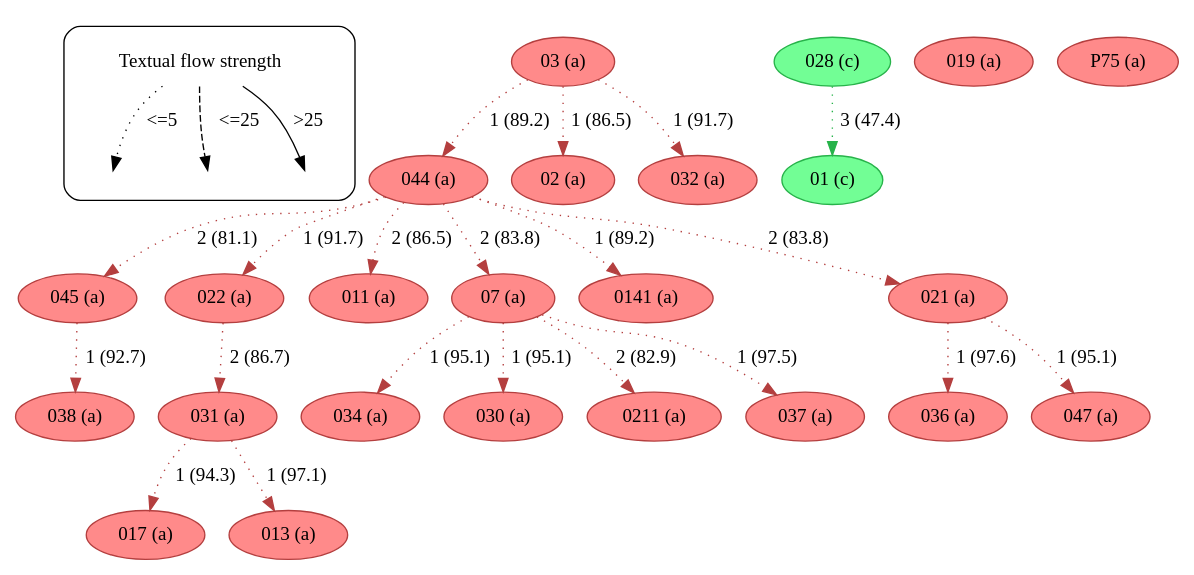
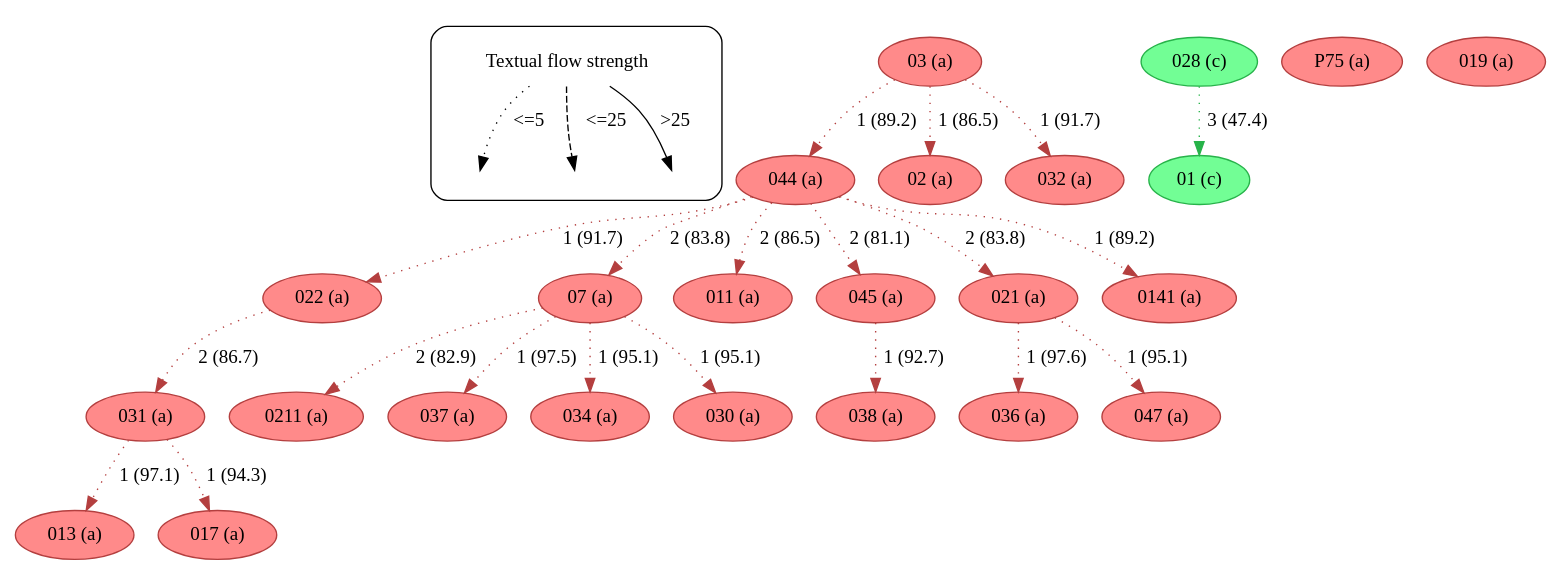
One commit to edmondac/CBGM changed the diagram in example/c499/textual_flow_24_32_c499.dot. Above: the diagram before and after it, drawn with Graphviz. The commit also changed other lines of this file and 800 other files, not shown here.

```diff
--- a/example/c499/textual_flow_24_32_c499.dot
+++ b/example/c499/textual_flow_24_32_c499.dot
@@ -1,182 +1,182 @@
 strict digraph  {
 	node [label="\N"];
 	subgraph cluster_legend {
 		graph [style=rounded];
 		leg_s		 [label="Textual flow strength",
 			shape=plaintext];
 		leg_e1		 [fixedsize=True,
 			height=0.2,
 			label="",
 			style=invis];
 		leg_s -> leg_e1		 [label="<=5  ",
 			style=dotted];
 		leg_e2		 [fixedsize=True,
 			height=0.2,
 			label="",
 			style=invis];
 		leg_s -> leg_e2		 [label="  <=25",
 			style=dashed];
 		leg_e3		 [fixedsize=True,
 			height=0.2,
 			label="",
 			style=invis];
 		leg_s -> leg_e3		 [label=">25",
 			style=solid];
 	}
+	044	 [color="#b43f3f",
+		fillcolor="#FF8A8A",
+		label="044 (a)",
+		style=filled];
+	022	 [color="#b43f3f",
+		fillcolor="#FF8A8A",
+		label="022 (a)",
+		style=filled];
+	044 -> 022	 [color="#b43f3f",
+		label="1 (91.7)",
+		style=dotted];
+	07	 [color="#b43f3f",
+		fillcolor="#FF8A8A",
+		label="07 (a)",
+		style=filled];
+	044 -> 07	 [color="#b43f3f",
+		label="2 (83.8)",
+		style=dotted];
+	011	 [color="#b43f3f",
+		fillcolor="#FF8A8A",
+		label="011 (a)",
+		style=filled];
+	044 -> 011	 [color="#b43f3f",
+		label="2 (86.5)",
+		style=dotted];
+	045	 [color="#b43f3f",
+		fillcolor="#FF8A8A",
+		label="045 (a)",
+		style=filled];
+	044 -> 045	 [color="#b43f3f",
+		label="2 (81.1)",
+		style=dotted];
+	021	 [color="#b43f3f",
+		fillcolor="#FF8A8A",
+		label="021 (a)",
+		style=filled];
+	044 -> 021	 [color="#b43f3f",
+		label="2 (83.8)",
+		style=dotted];
+	0141	 [color="#b43f3f",
+		fillcolor="#FF8A8A",
+		label="0141 (a)",
+		style=filled];
+	044 -> 0141	 [color="#b43f3f",
+		label="1 (89.2)",
+		style=dotted];
+	031	 [color="#b43f3f",
+		fillcolor="#FF8A8A",
+		label="031 (a)",
+		style=filled];
+	022 -> 031	 [color="#b43f3f",
+		label="2 (86.7)",
+		style=dotted];
+	013	 [color="#b43f3f",
+		fillcolor="#FF8A8A",
+		label="013 (a)",
+		style=filled];
+	031 -> 013	 [color="#b43f3f",
+		label="1 (97.1)",
+		style=dotted];
+	017	 [color="#b43f3f",
+		fillcolor="#FF8A8A",
+		label="017 (a)",
+		style=filled];
+	031 -> 017	 [color="#b43f3f",
+		label="1 (94.3)",
+		style=dotted];
 	03	 [color="#b43f3f",
 		fillcolor="#FF8A8A",
 		label="03 (a)",
-		style=filled];
-	044	 [color="#b43f3f",
-		fillcolor="#FF8A8A",
-		label="044 (a)",
 		style=filled];
 	03 -> 044	 [color="#b43f3f",
 		label="1 (89.2)",
 		style=dotted];
 	02	 [color="#b43f3f",
 		fillcolor="#FF8A8A",
 		label="02 (a)",
 		style=filled];
 	03 -> 02	 [color="#b43f3f",
 		label="1 (86.5)",
 		style=dotted];
 	032	 [color="#b43f3f",
 		fillcolor="#FF8A8A",
 		label="032 (a)",
 		style=filled];
 	03 -> 032	 [color="#b43f3f",
 		label="1 (91.7)",
 		style=dotted];
-	045	 [color="#b43f3f",
+	0211	 [color="#b43f3f",
 		fillcolor="#FF8A8A",
-		label="045 (a)",
+		label="0211 (a)",
 		style=filled];
-	044 -> 045	 [color="#b43f3f",
-		label="2 (81.1)",
+	07 -> 0211	 [color="#b43f3f",
+		label="2 (82.9)",
 		style=dotted];
-	022	 [color="#b43f3f",
+	037	 [color="#b43f3f",
 		fillcolor="#FF8A8A",
-		label="022 (a)",
+		label="037 (a)",
 		style=filled];
-	044 -> 022	 [color="#b43f3f",
-		label="1 (91.7)",
-		style=dotted];
-	011	 [color="#b43f3f",
-		fillcolor="#FF8A8A",
-		label="011 (a)",
-		style=filled];
-	044 -> 011	 [color="#b43f3f",
-		label="2 (86.5)",
-		style=dotted];
-	07	 [color="#b43f3f",
-		fillcolor="#FF8A8A",
-		label="07 (a)",
-		style=filled];
-	044 -> 07	 [color="#b43f3f",
-		label="2 (83.8)",
-		style=dotted];
-	0141	 [color="#b43f3f",
-		fillcolor="#FF8A8A",
-		label="0141 (a)",
-		style=filled];
-	044 -> 0141	 [color="#b43f3f",
-		label="1 (89.2)",
-		style=dotted];
-	021	 [color="#b43f3f",
-		fillcolor="#FF8A8A",
-		label="021 (a)",
-		style=filled];
-	044 -> 021	 [color="#b43f3f",
-		label="2 (83.8)",
-		style=dotted];
-	038	 [color="#b43f3f",
-		fillcolor="#FF8A8A",
-		label="038 (a)",
-		style=filled];
-	045 -> 038	 [color="#b43f3f",
-		label="1 (92.7)",
-		style=dotted];
-	031	 [color="#b43f3f",
-		fillcolor="#FF8A8A",
-		label="031 (a)",
-		style=filled];
-	022 -> 031	 [color="#b43f3f",
-		label="2 (86.7)",
-		style=dotted];
-	017	 [color="#b43f3f",
-		fillcolor="#FF8A8A",
-		label="017 (a)",
-		style=filled];
-	031 -> 017	 [color="#b43f3f",
-		label="1 (94.3)",
-		style=dotted];
-	013	 [color="#b43f3f",
-		fillcolor="#FF8A8A",
-		label="013 (a)",
-		style=filled];
-	031 -> 013	 [color="#b43f3f",
-		label="1 (97.1)",
+	07 -> 037	 [color="#b43f3f",
+		label="1 (97.5)",
 		style=dotted];
 	034	 [color="#b43f3f",
 		fillcolor="#FF8A8A",
 		label="034 (a)",
 		style=filled];
 	07 -> 034	 [color="#b43f3f",
 		label="1 (95.1)",
 		style=dotted];
 	030	 [color="#b43f3f",
 		fillcolor="#FF8A8A",
 		label="030 (a)",
 		style=filled];
 	07 -> 030	 [color="#b43f3f",
 		label="1 (95.1)",
 		style=dotted];
-	0211	 [color="#b43f3f",
+	038	 [color="#b43f3f",
 		fillcolor="#FF8A8A",
-		label="0211 (a)",
+		label="038 (a)",
 		style=filled];
-	07 -> 0211	 [color="#b43f3f",
-		label="2 (82.9)",
-		style=dotted];
-	037	 [color="#b43f3f",
-		fillcolor="#FF8A8A",
-		label="037 (a)",
-		style=filled];
-	07 -> 037	 [color="#b43f3f",
-		label="1 (97.5)",
+	045 -> 038	 [color="#b43f3f",
+		label="1 (92.7)",
 		style=dotted];
 	036	 [color="#b43f3f",
 		fillcolor="#FF8A8A",
 		label="036 (a)",
 		style=filled];
 	021 -> 036	 [color="#b43f3f",
 		label="1 (97.6)",
 		style=dotted];
 	047	 [color="#b43f3f",
 		fillcolor="#FF8A8A",
 		label="047 (a)",
 		style=filled];
 	021 -> 047	 [color="#b43f3f",
 		label="1 (95.1)",
 		style=dotted];
 	028	 [color="#27b34a",
 		fillcolor="#72FE95",
 		label="028 (c)",
 		style=filled];
 	01	 [color="#27b34a",
 		fillcolor="#72FE95",
 		label="01 (c)",
 		style=filled];
 	028 -> 01	 [color="#27b34a",
 		label="3 (47.4)",
 		style=dotted];
+	P75	 [color="#b43f3f",
+		fillcolor="#FF8A8A",
+		label="P75 (a)",
+		style=filled];
 	019	 [color="#b43f3f",
 		fillcolor="#FF8A8A",
 		label="019 (a)",
 		style=filled];
-	P75	 [color="#b43f3f",
-		fillcolor="#FF8A8A",
-		label="P75 (a)",
-		style=filled];
 }
```
